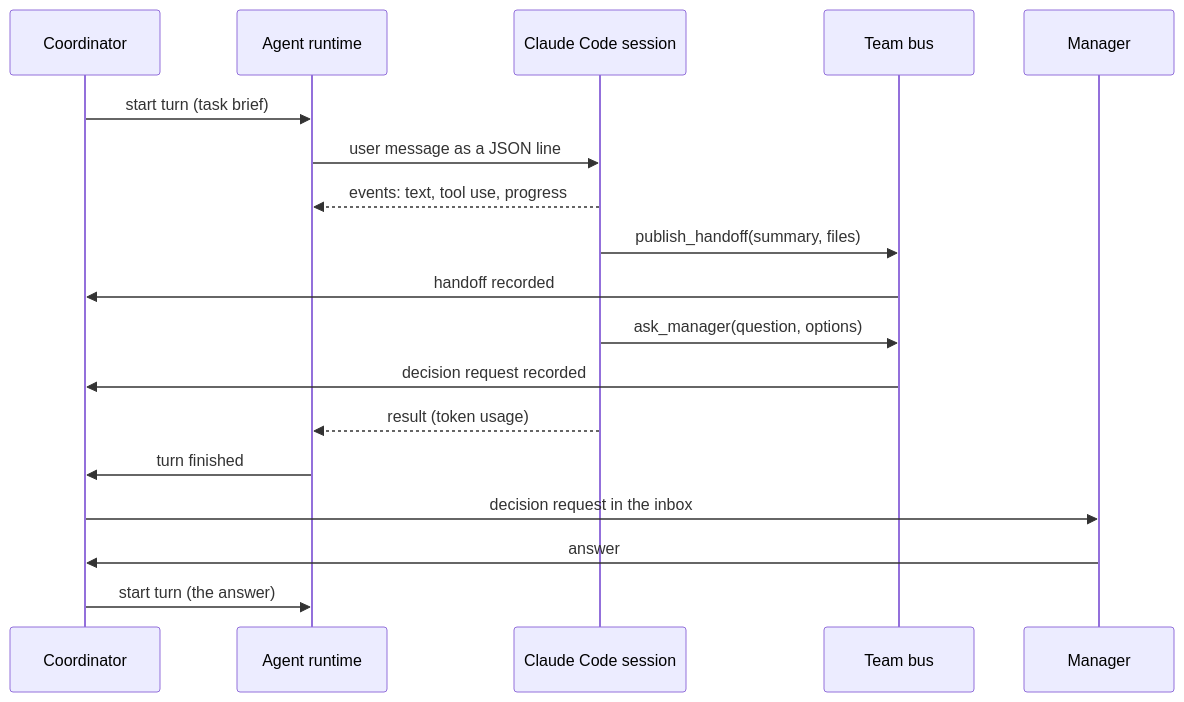
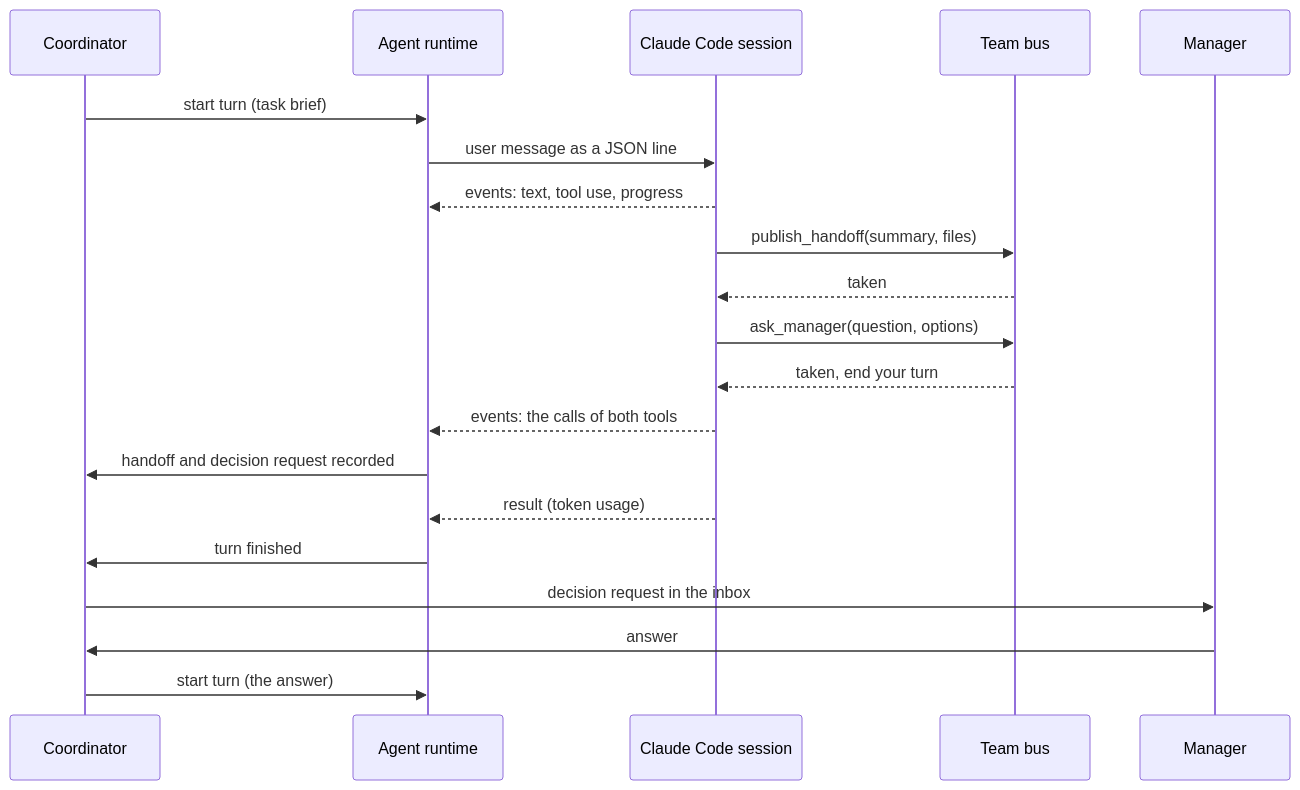
One commit to fouad1233/teamwright changed the second of 2 diagrams in docs/architecture/overview.md. Above: the diagram before and after it, drawn with Mermaid. The commit also changed other lines of this file and 3 other files, not shown here.

````diff
--- a/docs/architecture/overview.md
+++ b/docs/architecture/overview.md
@@ -85,21 +85,23 @@
 ```mermaid
 sequenceDiagram
     participant C as Coordinator
     participant R as Agent runtime
     participant A as Claude Code session
     participant B as Team bus
     participant M as Manager
 
     C->>R: start turn (task brief)
     R->>A: user message as a JSON line
     A-->>R: events: text, tool use, progress
     A->>B: publish_handoff(summary, files)
-    B->>C: handoff recorded
+    B-->>A: taken
     A->>B: ask_manager(question, options)
-    B->>C: decision request recorded
+    B-->>A: taken, end your turn
+    A-->>R: events: the calls of both tools
+    R->>C: handoff and decision request recorded
     A-->>R: result (token usage)
     R->>C: turn finished
     C->>M: decision request in the inbox
     M->>C: answer
     C->>R: start turn (the answer)
 ```
````
